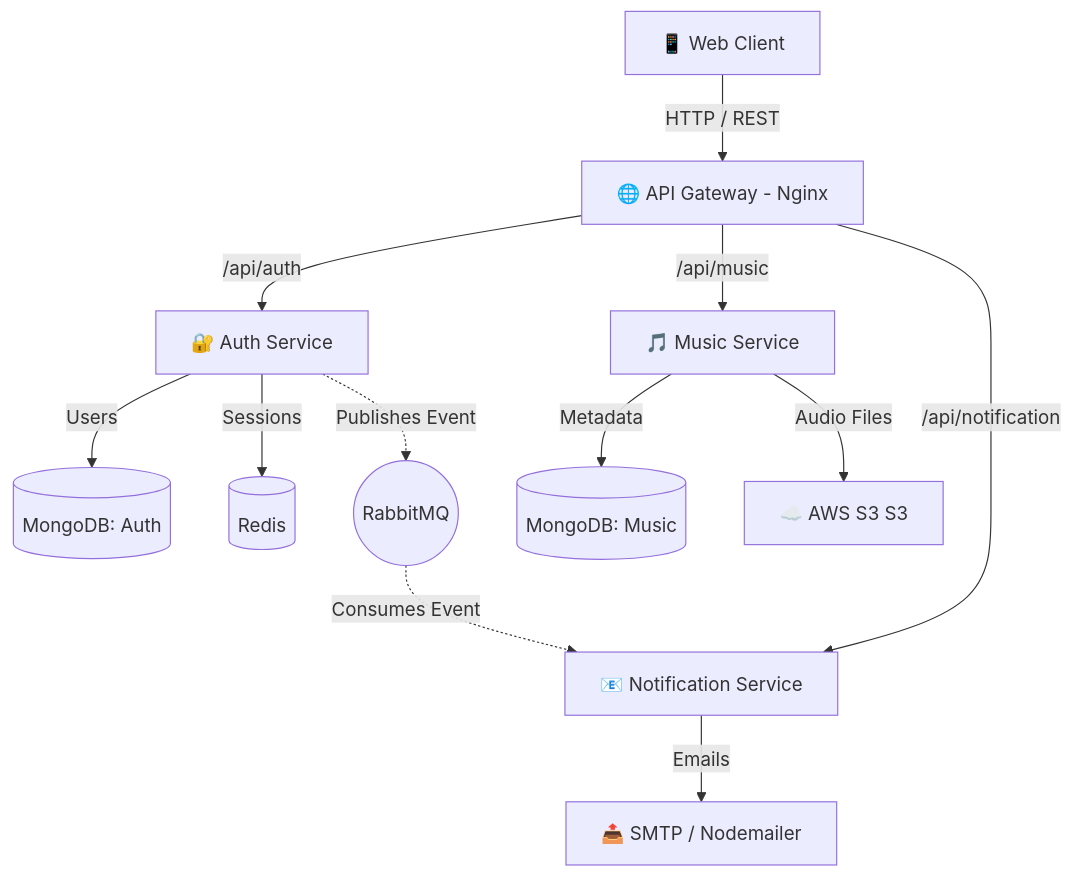
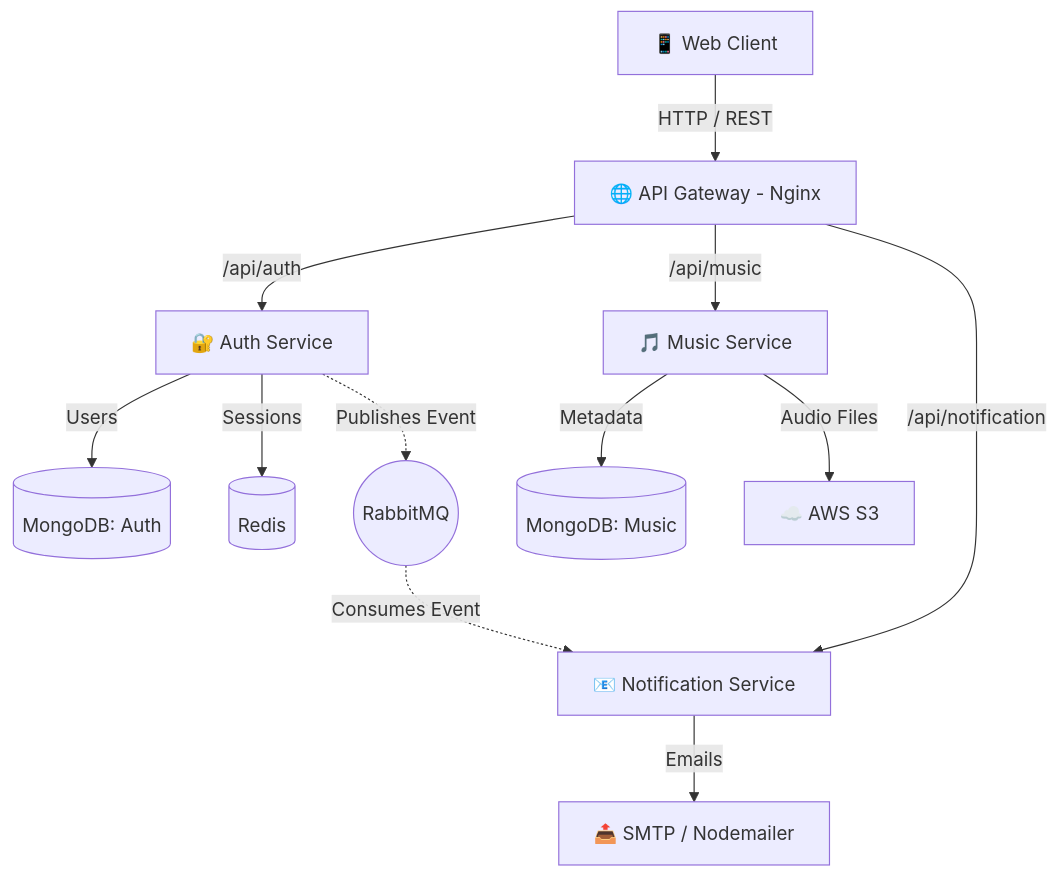
Before and after one commit to DevanshuTiwaskar/Micro-service-Project: the diagram in README.md, drawn with Mermaid. The commit also changed other lines of this file, not shown here.

````diff
--- a/README.md
+++ b/README.md
@@ -52,18 +58,18 @@
 ```mermaid
 graph TD
     Client[📱 Web Client] -->|HTTP / REST| API_Gateway[🌐 API Gateway - Nginx]
     
     API_Gateway -->|/api/auth| Auth_Service[🔐 Auth Service]
     API_Gateway -->|/api/music| Music_Service[🎵 Music Service]
     API_Gateway -->|/api/notification| Notification_Service[📧 Notification Service]
     
     Auth_Service -->|Users| MongoAuth[(MongoDB: Auth)]
     Auth_Service -->|Sessions| RedisCache[(Redis)]
     Auth_Service -.->|Publishes Event| RMQ((RabbitMQ))
     
     Music_Service -->|Metadata| MongoMusic[(MongoDB: Music)]
-    Music_Service -->|Audio Files| S3[☁️ AWS S3 S3]
+    Music_Service -->|Audio Files| S3[☁️ AWS S3]
     
     RMQ -.->|Consumes Event| Notification_Service
     Notification_Service -->|Emails| SMTP[📤 SMTP / Nodemailer]
 ```
````
